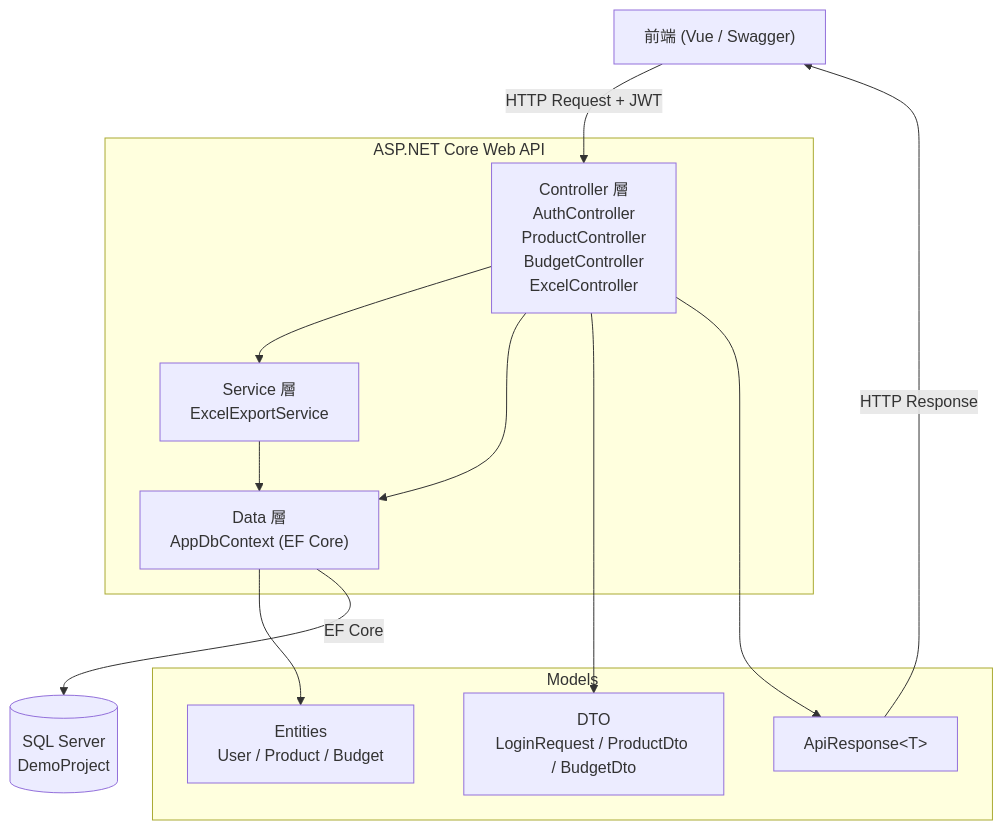
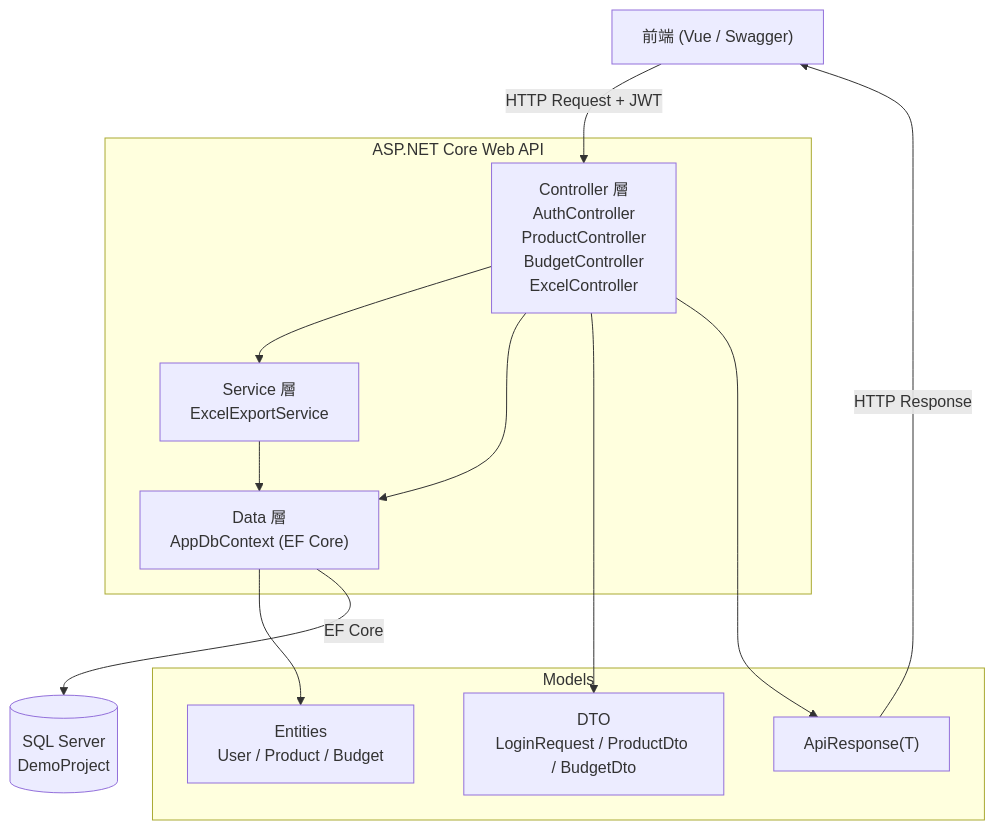
Before and after one commit to qaz54783305/DemoProject: the diagram in doc/architecture.md, drawn with Mermaid. The commit also changed 2 other files, not shown here.

Commit message:
fix: 修正三個 Mermaid 流程圖渲染問題

````diff
--- a/doc/architecture.md
+++ b/doc/architecture.md
@@ -5,28 +5,28 @@
 ```mermaid
 graph TD
     Client["前端 (Vue / Swagger)"]
 
     subgraph ASP.NET Core Web API
         Controller["Controller 層\nAuthController\nProductController\nBudgetController\nExcelController"]
         Service["Service 層\nExcelExportService"]
         Data["Data 層\nAppDbContext (EF Core)"]
     end
 
     subgraph Models
         Entity["Entities\nUser / Product / Budget"]
         DTO["DTO\nLoginRequest / ProductDto / BudgetDto"]
-        Response["ApiResponse&lt;T&gt;"]
+        Response["ApiResponse(T)"]
     end
 
     DB[("SQL Server\nDemoProject")]
 
     Client -->|"HTTP Request + JWT"| Controller
     Controller --> Service
     Controller --> Data
     Service --> Data
     Data --> Entity
     Controller --> DTO
     Controller --> Response
     Data -->|"EF Core"| DB
     Response -->|"HTTP Response"| Client
 ```
````
